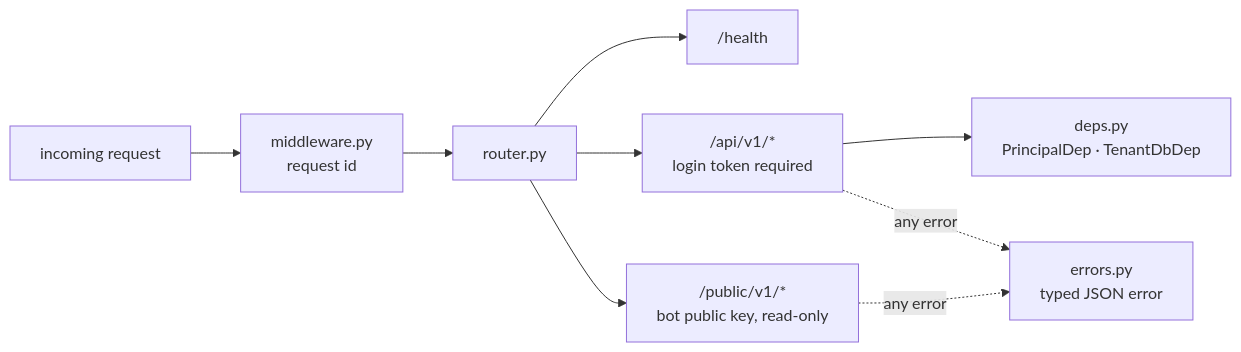
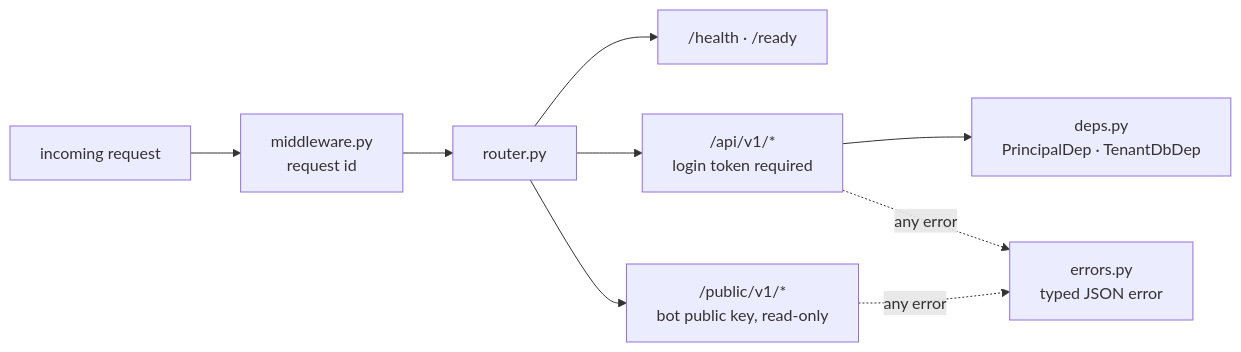
Before and after one commit to md-sahil-analyst22/chatbot-platform: diagram 14 of 27 in docs/REPO_STRUCTURE.md, drawn with Mermaid. The commit also changed other lines of this file and 43 other files, not shown here.

````diff
--- a/docs/REPO_STRUCTURE.md
+++ b/docs/REPO_STRUCTURE.md
@@ -1405,10 +1406,10 @@
 ```mermaid
 flowchart LR
     REQ["incoming request"] --> MWR["middleware.py<br/>request id"] --> ROU["router.py"]
-    ROU --> H["/health"]
+    ROU --> H["/health · /ready"]
     ROU --> V1["/api/v1/*<br/>login token required"]
     ROU --> PUB["/public/v1/*<br/>bot public key, read-only"]
     V1 --> DEP["deps.py<br/>PrincipalDep · TenantDbDep"]
     V1 -. "any error" .-> ERR["errors.py<br/>typed JSON error"]
     PUB -. "any error" .-> ERR
 ```
````
